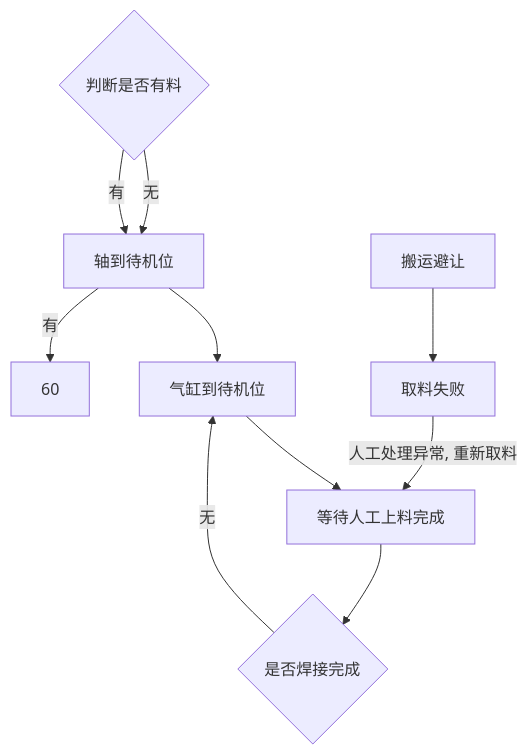
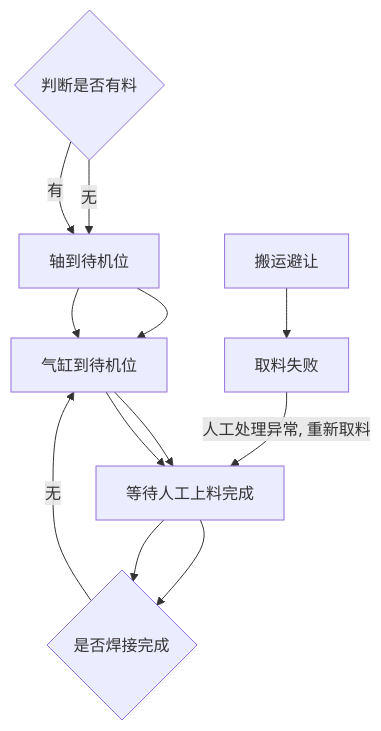
The diagram in all/OP10 上料工位自动流程.md (PengKun1/iodraw-files), drawn with Mermaid before and after one commit.

Commit message:
2024-08-02 10:59:24 update

````diff
--- a/all/OP10 上料工位自动流程.md
+++ b/all/OP10 上料工位自动流程.md
@@ -1,16 +1,18 @@
 ```mermaid
 graph TD
 10{判断是否有料}-->|无|20
 10-->|有|20
 20[轴到待机位]-->30
 30[气缸到待机位]-->40
 40[等待人工上料完成]-->50
+20[轴到待机位]-->30
+30[气缸到待机位]-->40
+40[等待人工上料完成]-->50
+50{是否焊接完成}-->|无|30
 
-50{是否焊接完成}-->|无|30
-20-->|有|60
 
 
 90[搬运避让]-->900
 
 900[取料失败]-->|人工处理异常, 重新取料|40
 ```
````
